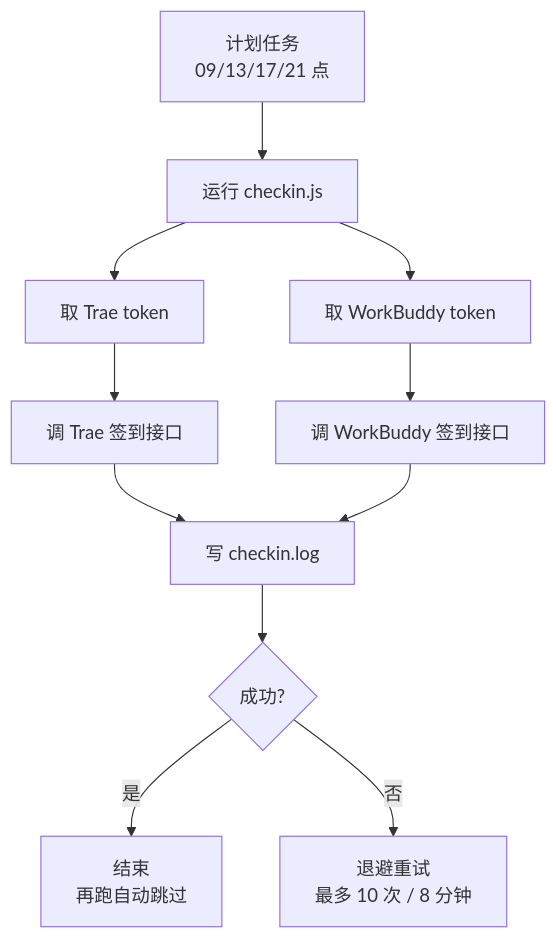
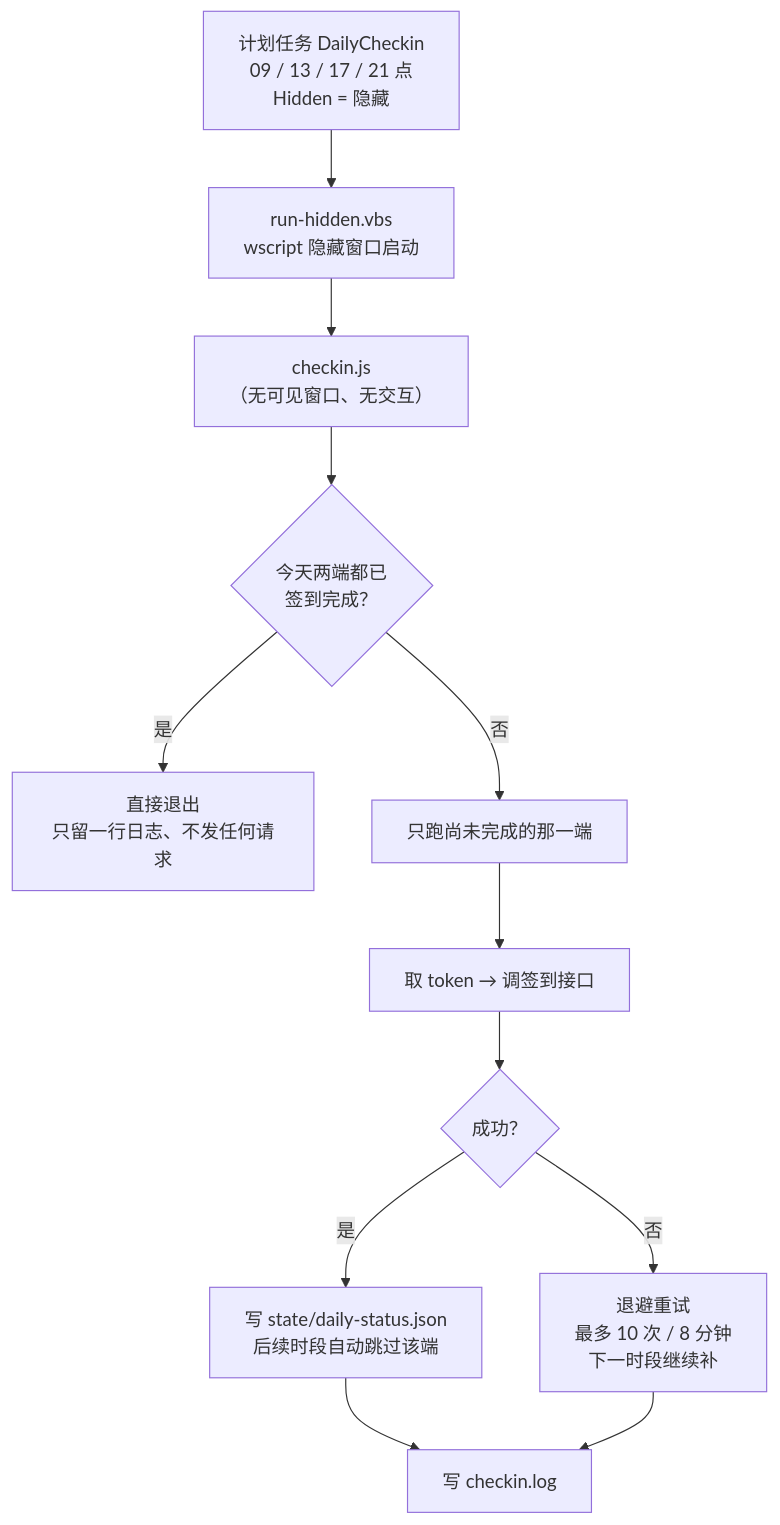
The diagram in README.md (xinshang777/auto-checkin), drawn with Mermaid before and after one commit. The commit also changed other lines of this file and 16 other files, not shown here.

````diff
--- a/README.md
+++ b/README.md
@@ -175,13 +181,14 @@
 ```mermaid
 flowchart TD
-    A["计划任务<br/>09/13/17/21 点"] --> B["运行 checkin.js"]
-    B --> C["取 Trae token"]
-    B --> D["取 WorkBuddy token"]
-    C --> E["调 Trae 签到接口"]
-    D --> F["调 WorkBuddy 签到接口"]
-    E --> G["写 checkin.log"]
-    F --> G
-    G --> H{"成功?"}
-    H -->|"是"| I["结束<br/>再跑自动跳过"]
-    H -->|"否"| J["退避重试<br/>最多 10 次 / 8 分钟"]
+    A["计划任务 DailyCheckin<br/>09 / 13 / 17 / 21 点<br/>Hidden = 隐藏"] --> B["run-hidden.vbs<br/>wscript 隐藏窗口启动"]
+    B --> C["checkin.js<br/>（无可见窗口、无交互）"]
+    C --> D{"今天两端都已<br/>签到完成？"}
+    D -->|"是"| E["直接退出<br/>只留一行日志、不发任何请求"]
+    D -->|"否"| F["只跑尚未完成的那一端"]
+    F --> G["取 token → 调签到接口"]
+    G --> H{"成功？"}
+    H -->|"是"| I["写 state/daily-status.json<br/>后续时段自动跳过该端"]
+    H -->|"否"| J["退避重试<br/>最多 10 次 / 8 分钟<br/>下一时段继续补"]
+    I --> K["写 checkin.log"]
+    J --> K
 ```
````
